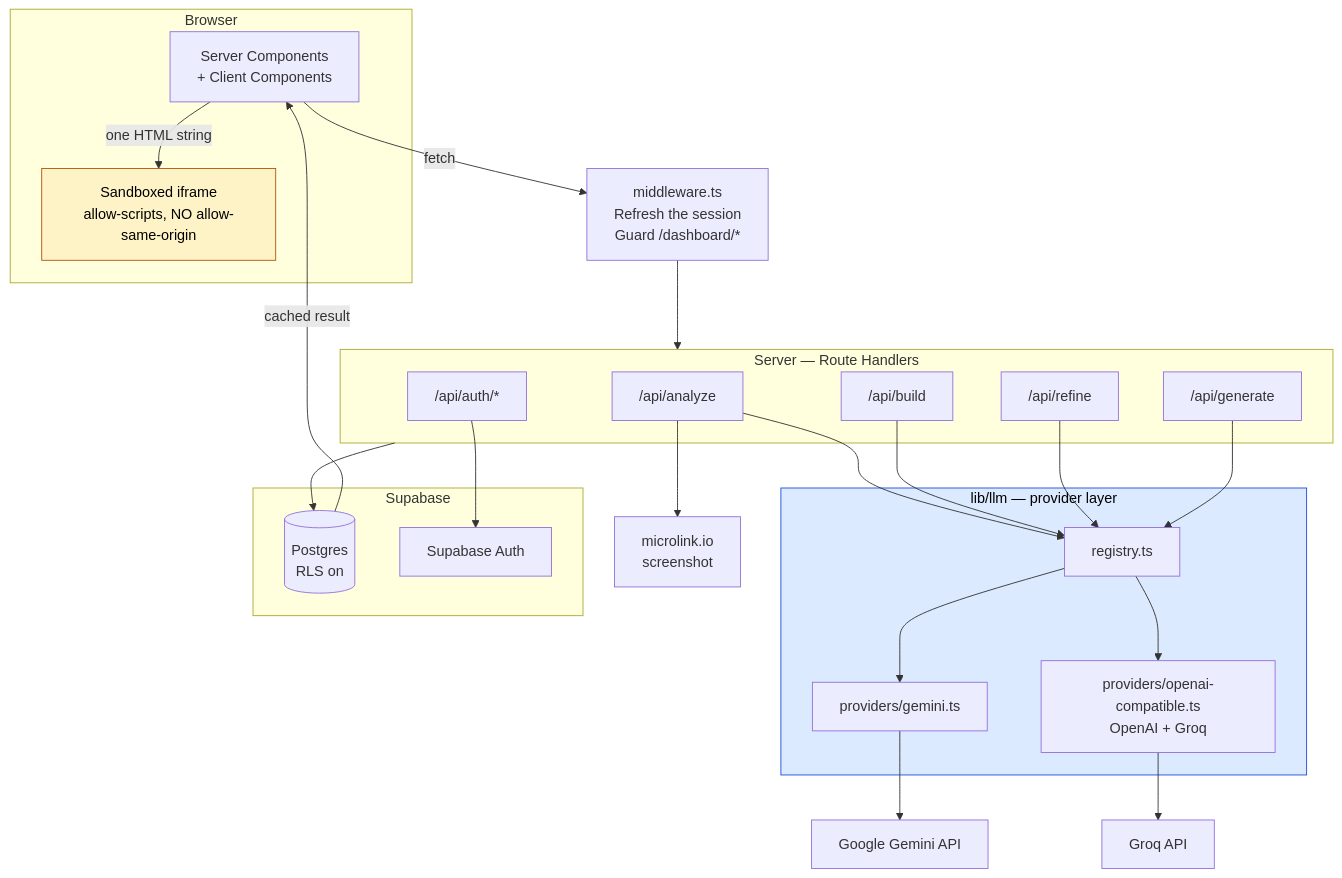
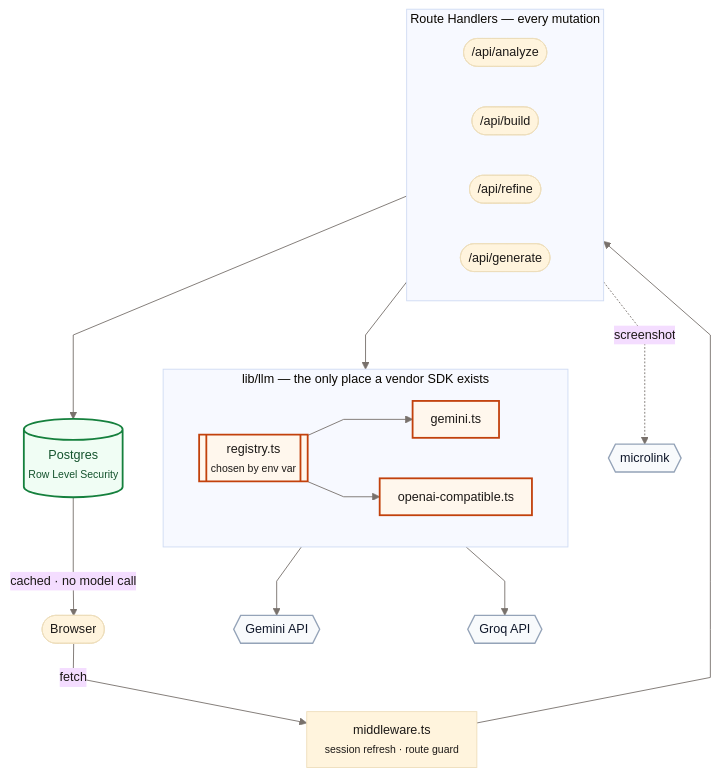
The first of 7 diagrams in README.md (Rounak7721/ReForge), drawn with Mermaid before and after one commit. The commit also changed other lines of this file and 5 other files, not shown here.

````diff
--- a/README.md
+++ b/README.md
@@ -90,45 +90,42 @@
 ```mermaid
+%%{init: {'theme':'base','themeVariables':{'fontFamily':'ui-sans-serif, system-ui, sans-serif','fontSize':'14px','lineColor':'#78716c','primaryTextColor':'#1c1917'},'flowchart':{'curve':'linear','nodeSpacing':45,'rankSpacing':55,'padding':10}}}%%
 flowchart TB
-    subgraph BROWSER["Browser"]
-        UI["Server Components<br/>+ Client Components"]
-        FRAME["Sandboxed iframe<br/>allow-scripts, NO allow-same-origin"]
+    U(["Browser"])
+    MW["middleware.ts<br/><small>session refresh · route guard</small>"]
+
+    subgraph RH["Route Handlers — every mutation"]
+        direction LR
+        AN(["/api/analyze"])
+        BU(["/api/build"])
+        RE(["/api/refine"])
+        GE(["/api/generate"])
     end
 
-    MW["middleware.ts<br/>Refresh the session<br/>Guard /dashboard/*"]
-
-    subgraph SERVER["Server — Route Handlers"]
-        AN["/api/analyze"]
-        BU["/api/build"]
-        RE["/api/refine"]
-        GE["/api/generate"]
-        AU["/api/auth/*"]
+    subgraph LLM["lib/llm — the only place a vendor SDK exists"]
+        direction LR
+        REG[["registry.ts<br/><small>chosen by env var</small>"]]
+        PG1["gemini.ts"]
+        PG2["openai-compatible.ts"]
     end
 
-    subgraph LLM["lib/llm — provider layer"]
-        REG["registry.ts"]
-        GEM["providers/gemini.ts"]
-        OAC["providers/openai-compatible.ts<br/>OpenAI + Groq"]
-    end
+    DB[("Postgres<br/><small>Row Level Security</small>")]
+    GEM{{"Gemini API"}}
+    GRQ{{"Groq API"}}
+    SHOT{{"microlink"}}
 
-    subgraph DATA["Supabase"]
-        PG[("Postgres<br/>RLS on")]
-        AUTH["Supabase Auth"]
-    end
+    U -->|fetch| MW
+    MW --> RH
+    AN -.screenshot.-> SHOT
+    RH --> REG
+    REG --> PG1 --> GEM
+    REG --> PG2 --> GRQ
+    RH --> DB
+    DB -->|"cached · no model call"| U
 
-    EXT1["Google Gemini API"]
-    EXT2["Groq API"]
-    EXT3["microlink.io<br/>screenshot"]
-
-    UI -->|fetch| MW --> SERVER
-    AN --> EXT3
-    AN & BU & RE & GE --> REG
-    REG --> GEM --> EXT1
-    REG --> OAC --> EXT2
-    SERVER --> PG
-    AU --> AUTH
-    PG -->|cached result| UI
-    UI -->|one HTML string| FRAME
-
-    style LLM fill:#dbeafe,stroke:#1d4ed8,color:#000
-    style FRAME fill:#fef3c7,stroke:#b45309,color:#000
+    classDef core fill:#fff7ed,stroke:#c2410c,stroke-width:2px,color:#1c1917
+    classDef data fill:#f0fdf4,stroke:#15803d,stroke-width:2px,color:#14532d
+    classDef ext fill:#f8fafc,stroke:#94a3b8,stroke-width:1.5px,color:#0f172a
+    class REG,PG1,PG2 core
+    class DB data
+    class GEM,GRQ,SHOT ext
 ```
````
